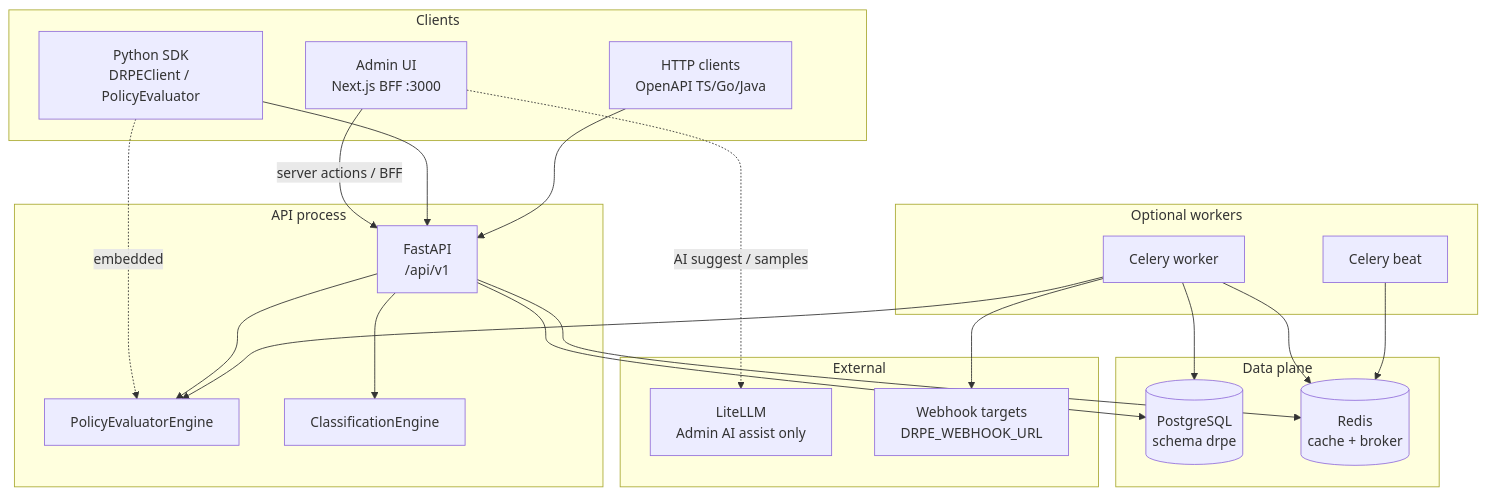
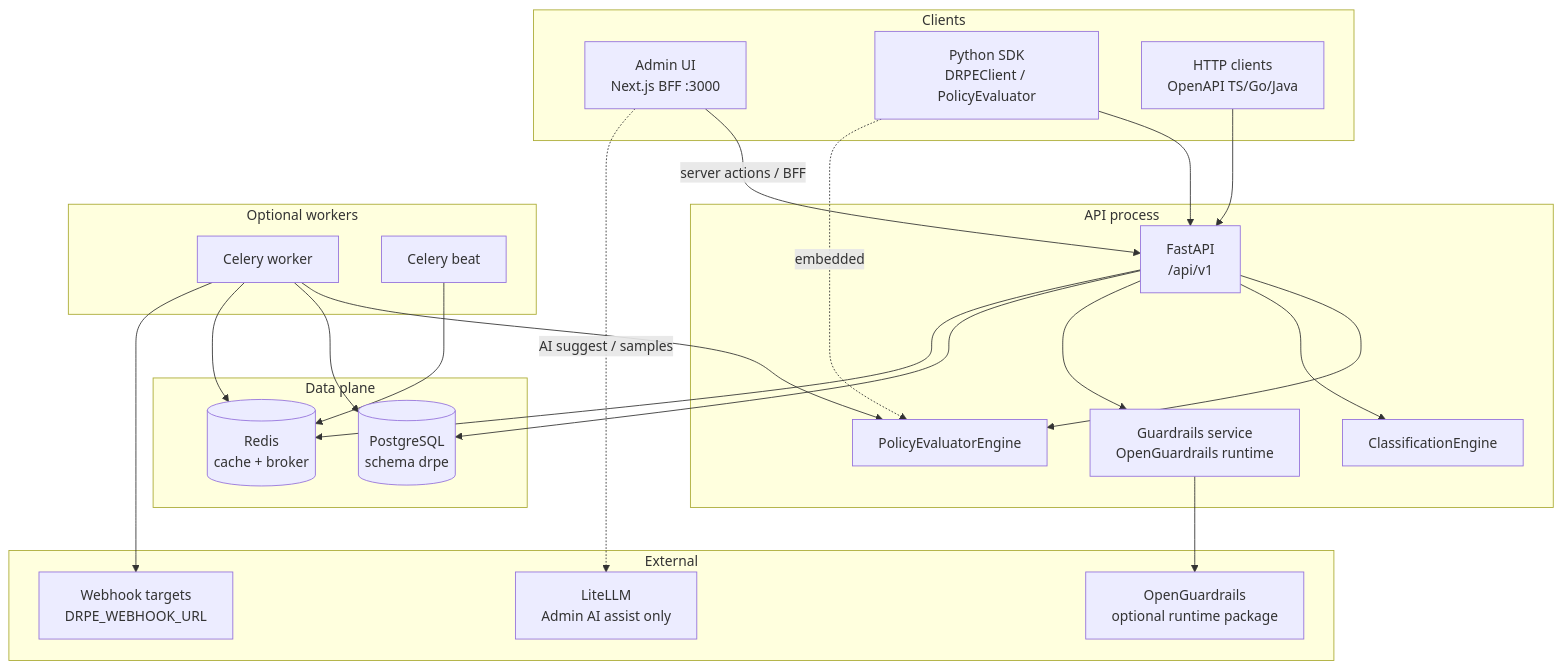
Before and after one commit to khoantd/data-policy-engine: the first of 3 diagrams in docs/ARCHITECTURE.md, drawn with Mermaid. The commit also changed other lines of this file and 1 other file, not shown here.

````diff
--- a/docs/ARCHITECTURE.md
+++ b/docs/ARCHITECTURE.md
@@ -48,44 +52,48 @@
 ```mermaid
 flowchart TB
   subgraph clients [Clients]
     Admin["Admin UI<br/>Next.js BFF :3000"]
     SDK["Python SDK<br/>DRPEClient / PolicyEvaluator"]
     HTTP["HTTP clients<br/>OpenAPI TS/Go/Java"]
   end
 
   subgraph api [API process]
     FastAPI["FastAPI<br/>/api/v1"]
     Engine["PolicyEvaluatorEngine"]
     Classifier["ClassificationEngine"]
+    Guardrails["Guardrails service<br/>OpenGuardrails runtime"]
   end
 
   subgraph workers [Optional workers]
     CeleryW["Celery worker"]
     CeleryB["Celery beat"]
   end
 
   subgraph data [Data plane]
     PG[(PostgreSQL<br/>schema drpe)]
     Redis[(Redis<br/>cache + broker)]
   end
 
   subgraph external [External]
+    OGR["OpenGuardrails<br/>optional runtime package"]
     LiteLLM["LiteLLM<br/>Admin AI assist only"]
     WebhookTgt["Webhook targets<br/>DRPE_WEBHOOK_URL"]
   end
 
   Admin -->|server actions / BFF| FastAPI
   Admin -.->|AI suggest / samples| LiteLLM
   SDK --> FastAPI
   SDK -.->|embedded| Engine
   HTTP --> FastAPI
   FastAPI --> Engine
   FastAPI --> Classifier
+  FastAPI --> Guardrails
   FastAPI --> PG
   FastAPI --> Redis
+  Guardrails --> OGR
   CeleryW --> Engine
   CeleryW --> PG
   CeleryW --> Redis
   CeleryB --> Redis
   CeleryW --> WebhookTgt
 ```
````
